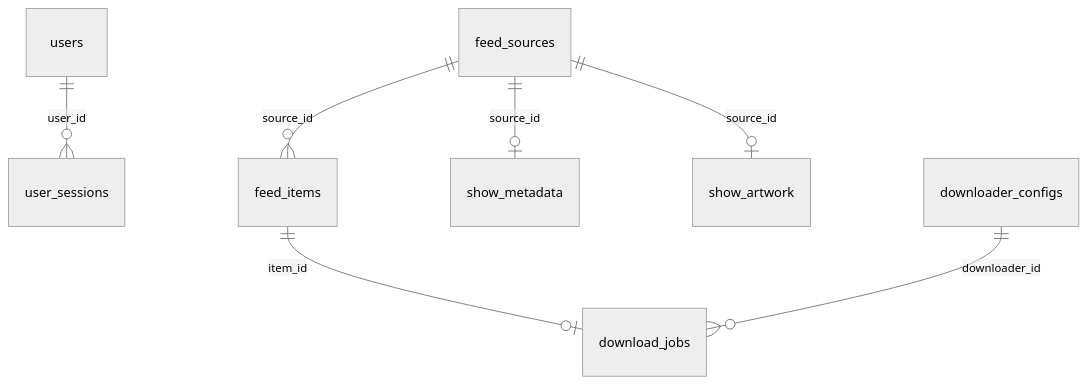
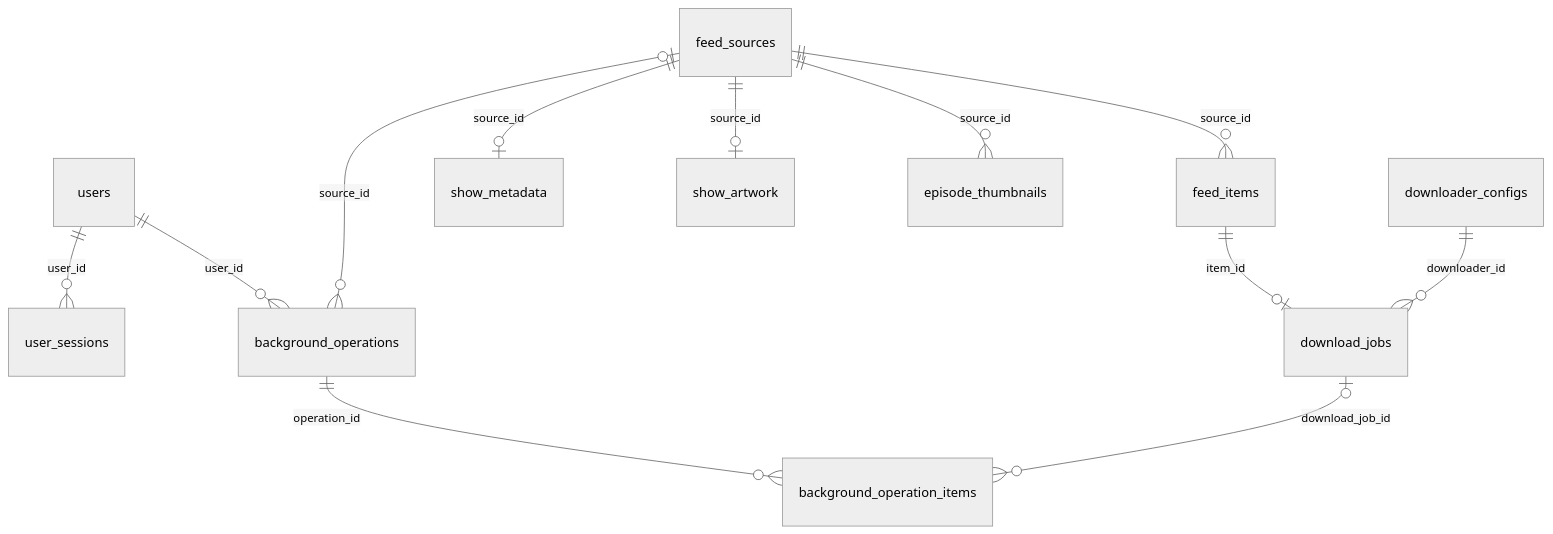
One commit to rinhon/Mooncell changed the diagram in docs/DATABASE_TABLES.md. Above: the diagram before and after it, drawn with Mermaid (neutral theme). The commit also changed other lines of this file and 113 other files, not shown here.

````diff
--- a/docs/DATABASE_TABLES.md
+++ b/docs/DATABASE_TABLES.md
@@ -35,9 +38,14 @@
 ```mermaid
 erDiagram
     users ||--o{ user_sessions : user_id
     feed_sources ||--o{ feed_items : source_id
     feed_sources ||--o| show_metadata : source_id
     feed_sources ||--o| show_artwork : source_id
+    feed_sources ||--o{ episode_thumbnails : source_id
     feed_items ||--o| download_jobs : item_id
     downloader_configs ||--o{ download_jobs : downloader_id
+    users ||--o{ background_operations : user_id
+    feed_sources |o--o{ background_operations : source_id
+    background_operations ||--o{ background_operation_items : operation_id
+    download_jobs |o--o{ background_operation_items : download_job_id
 ```
````
